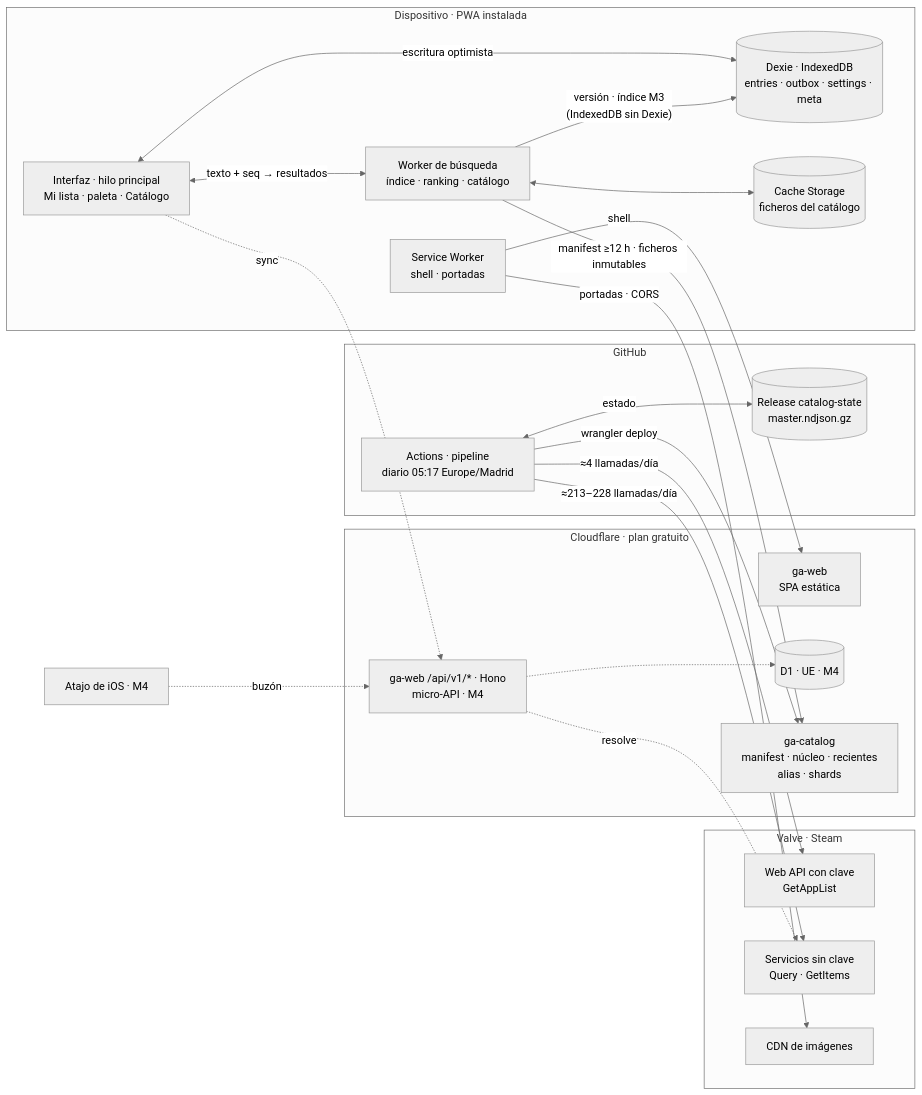
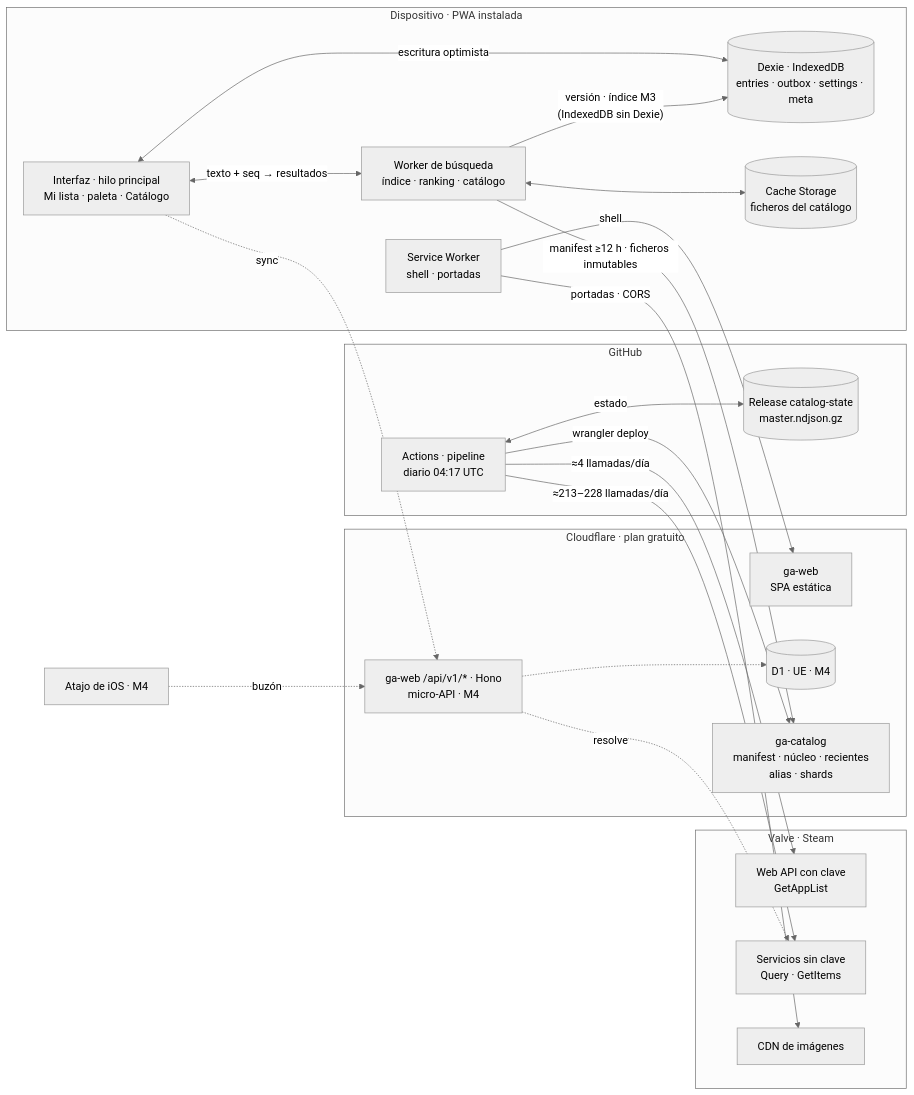
One commit to LucasPrezFdez/gameagenda changed the first of 5 diagrams in docs/planificacion/secciones/05-arquitectura.md. Above: the diagram before and after it, drawn with Mermaid (neutral theme). The commit also changed other lines of this file and 10 other files, not shown here.

````diff
--- a/docs/planificacion/secciones/05-arquitectura.md
+++ b/docs/planificacion/secciones/05-arquitectura.md
@@ -7,41 +7,41 @@
 ```mermaid
 flowchart LR
   subgraph DEV["Dispositivo · PWA instalada"]
     UI["Interfaz · hilo principal<br/>Mi lista · paleta · Catálogo"]
     SRCH["Worker de búsqueda<br/>índice · ranking · catálogo"]
     DB[("Dexie · IndexedDB<br/>entries · outbox · settings · meta")]
     CS[("Cache Storage<br/>ficheros del catálogo")]
     SW["Service Worker<br/>shell · portadas"]
     UI <-->|"texto + seq → resultados"| SRCH
     UI <-->|"escritura optimista"| DB
     SRCH <--> CS
     SRCH -->|"versión · índice M3<br/>(IndexedDB sin Dexie)"| DB
   end
   SHORT["Atajo de iOS · M4"]
   subgraph CF["Cloudflare · plan gratuito"]
     WEB["ga-web<br/>SPA estática"]
     API["ga-web /api/v1/* · Hono<br/>micro-API · M4"]
     D1[("D1 · UE · M4")]
     CAT["ga-catalog<br/>manifest · núcleo · recientes<br/>alias · shards"]
   end
   subgraph GH["GitHub"]
-    ACT["Actions · pipeline<br/>diario 05:17 Europe/Madrid"]
+    ACT["Actions · pipeline<br/>diario 04:17 UTC"]
     REL[("Release catalog-state<br/>master.ndjson.gz")]
   end
   subgraph VALVE["Valve · Steam"]
     KEY["Web API con clave<br/>GetAppList"]
     NOKEY["Servicios sin clave<br/>Query · GetItems"]
     IMG["CDN de imágenes"]
   end
   SW -->|"shell"| WEB
   SW -->|"portadas · CORS"| IMG
   SRCH -->|"manifest ≥12 h · ficheros inmutables"| CAT
   UI -.->|"sync"| API
   SHORT -.->|"buzón"| API
   API -.-> D1
   API -.->|"resolve"| NOKEY
   ACT -->|"≈4 llamadas/día"| KEY
   ACT -->|"≈213–228 llamadas/día"| NOKEY
   ACT <-->|"estado"| REL
   ACT -->|"wrangler deploy"| CAT
 ```
````
